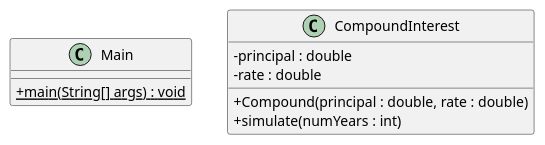
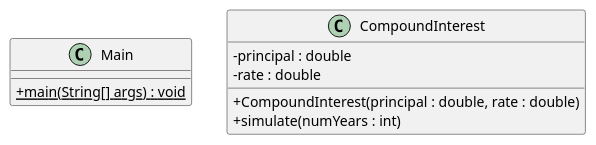
Before and after one commit to nilcamprubi/example_interest: the diagram in src/compound.puml, drawn with PlantUML. The commit also changed 1 other file, not shown here.

```diff
--- a/src/compound.puml
+++ b/src/compound.puml
@@ -1,16 +1,16 @@
 @startuml
 skinparam classAttributeIconSize 0
 ' to use standard notation for public, protected, private
 ' instead of icons
 
 class Main {
 + {static} main(String[] args) : void
 }
 
 class CompoundInterest {
 - principal : double
 - rate : double
-+ Compound(principal : double, rate : double)
++ CompoundInterest(principal : double, rate : double)
 + simulate(numYears : int)
 }
 @enduml
```
